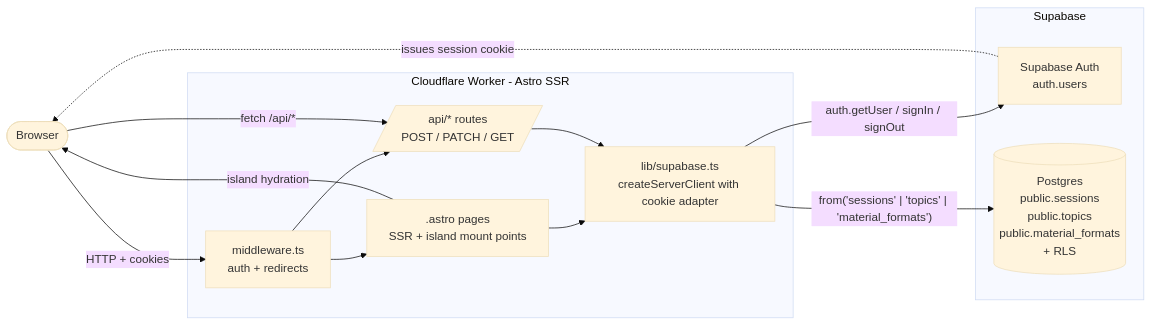
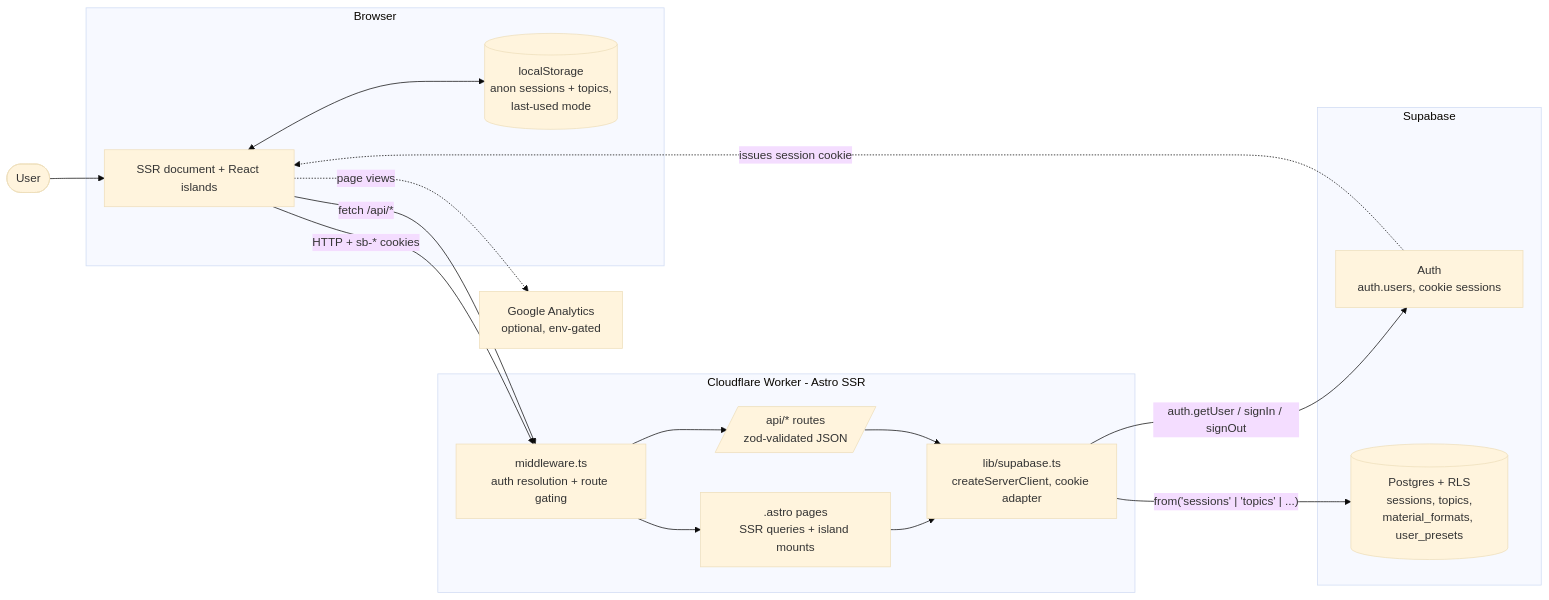
Before and after one commit to plpabla/pomosapiens: the first of 9 diagrams in context/foundation/arch.md, drawn with Mermaid (base theme). The commit also changed other lines of this file, not shown here.

````diff
--- a/context/foundation/arch.md
+++ b/context/foundation/arch.md
@@ -13,27 +26,36 @@
 ```mermaid
 flowchart LR
-    Browser([Browser])
+    U([User])
+
+    subgraph Client[Browser]
+        DOC[SSR document + React islands]
+        LS[(localStorage<br/>anon sessions + topics,<br/>last-used mode)]
+        DOC <--> LS
+    end
 
     subgraph CFW[Cloudflare Worker - Astro SSR]
-        MW[middleware.ts<br/>auth + redirects]
-        PAGES[.astro pages<br/>SSR + island mount points]
-        API[/api/* routes<br/>POST / PATCH / GET/]
-        SBC[lib/supabase.ts<br/>createServerClient with cookie adapter]
+        MW[middleware.ts<br/>auth resolution + route gating]
+        PAGES[.astro pages<br/>SSR queries + island mounts]
+        API[/api/* routes<br/>zod-validated JSON/]
+        SBC[lib/supabase.ts<br/>createServerClient, cookie adapter]
+        MW --> PAGES
+        MW --> API
+        PAGES --> SBC
+        API --> SBC
     end
 
     subgraph SB[Supabase]
-        AUTH[Supabase Auth<br/>auth.users]
-        PG[(Postgres<br/>public.sessions<br/>public.topics<br/>public.material_formats<br/>+ RLS)]
+        AUTH[Auth<br/>auth.users, cookie sessions]
+        PG[(Postgres + RLS<br/>sessions, topics,<br/>material_formats, user_presets)]
     end
 
-    Browser -- HTTP + cookies --> MW
-    MW --> PAGES
-    MW --> API
-    PAGES -- island hydration --> Browser
-    Browser -- fetch /api/* --> API
-    PAGES --> SBC
-    API --> SBC
+    GA[Google Analytics<br/>optional, env-gated]
+
+    U --> DOC
+    DOC -- HTTP + sb-* cookies --> MW
+    DOC -- fetch /api/* --> MW
     SBC -- "auth.getUser / signIn / signOut" --> AUTH
-    SBC -- "from('sessions' | 'topics' | 'material_formats')" --> PG
-    AUTH -. issues session cookie .-> Browser
+    SBC -- "from('sessions' | 'topics' | ...)" --> PG
+    AUTH -. issues session cookie .-> DOC
+    DOC -. page views .-> GA
 ```
````
